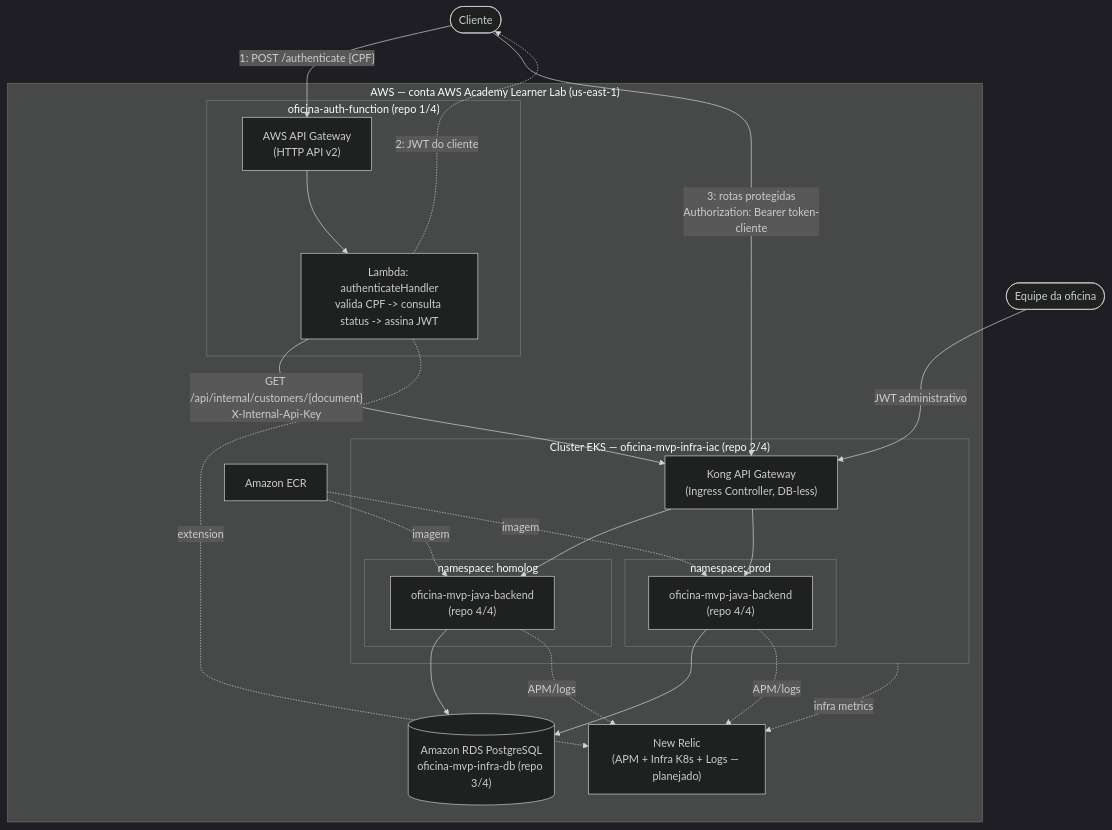
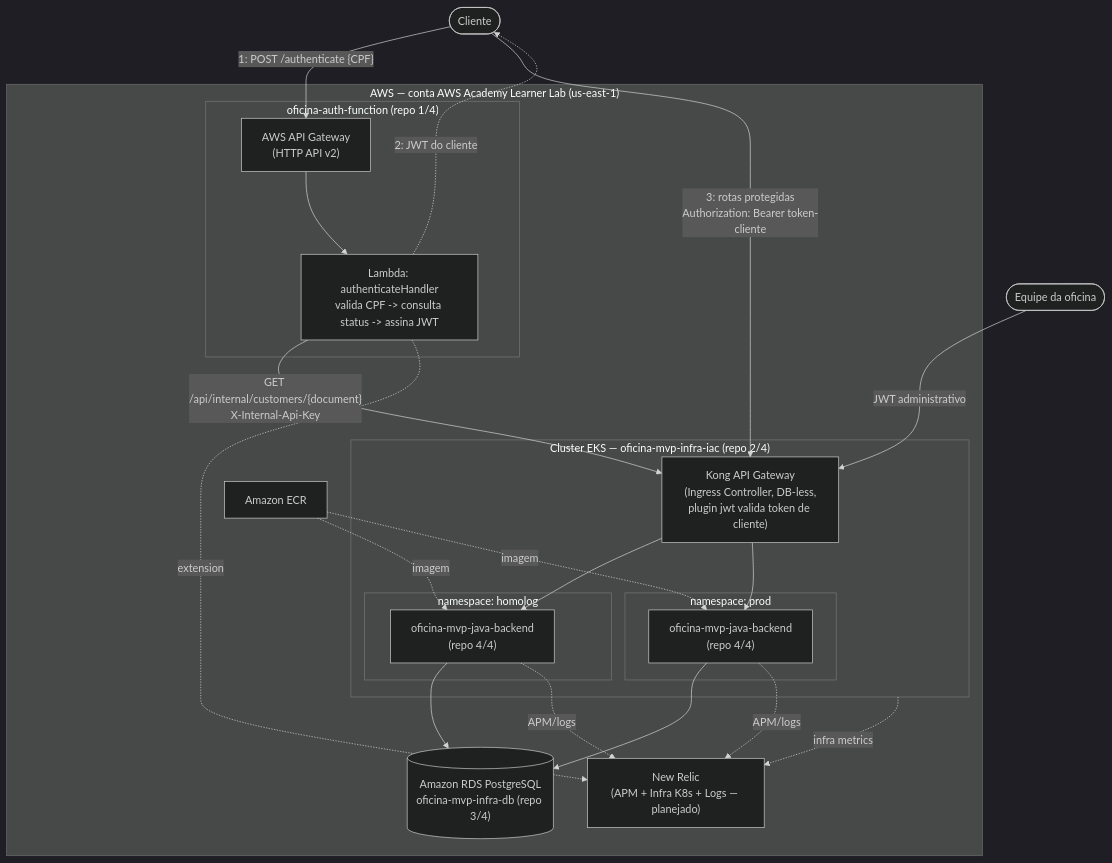
The fifth of 8 diagrams in docs/architecture.md (lukebria/oficina-mvp-java-backend), drawn with Mermaid (dark theme) before and after one commit. The commit also changed other lines of this file and 6 other files, not shown here.

First line of the commit message:
Adiciona validacao do JWT de cliente no Kong, sem mudar codigo Java (ADR-006)

````diff
--- a/docs/architecture.md
+++ b/docs/architecture.md
@@ -909,45 +915,45 @@
 ```mermaid
 flowchart TB
     Staff(["Equipe da oficina"])
     Cliente(["Cliente"])
 
     subgraph AWS["AWS — conta AWS Academy Learner Lab (us-east-1)"]
         subgraph LambdaBox["oficina-auth-function (repo 1/4)"]
             ApiGwLambda["AWS API Gateway<br/>(HTTP API v2)"]
             Lambda["Lambda: authenticateHandler<br/>valida CPF -> consulta status -> assina JWT"]
             ApiGwLambda --> Lambda
         end
 
         subgraph EKS["Cluster EKS — oficina-mvp-infra-iac (repo 2/4)"]
-            Kong["Kong API Gateway<br/>(Ingress Controller, DB-less)"]
+            Kong["Kong API Gateway<br/>(Ingress Controller, DB-less,<br/>plugin jwt valida token de cliente)"]
             subgraph NsHomolog["namespace: homolog"]
                 AppHomolog["oficina-mvp-java-backend<br/>(repo 4/4)"]
             end
             subgraph NsProd["namespace: prod"]
                 AppProd["oficina-mvp-java-backend<br/>(repo 4/4)"]
             end
             Kong --> AppHomolog
             Kong --> AppProd
         end
 
         RDS[("Amazon RDS PostgreSQL<br/>oficina-mvp-infra-db (repo 3/4)")]
         ECR["Amazon ECR"]
         NewRelic["New Relic<br/>(APM + Infra K8s + Logs — planejado)"]
 
         AppHomolog --> RDS
         AppProd --> RDS
         Lambda -->|"GET /api/internal/customers/{document}<br/>X-Internal-Api-Key"| Kong
         ECR -.->|"imagem"| AppHomolog
         ECR -.->|"imagem"| AppProd
     end
 
     Staff -->|"JWT administrativo"| Kong
     Cliente -->|"1: POST /authenticate {CPF}"| ApiGwLambda
     Cliente -->|"3: rotas protegidas<br/>Authorization: Bearer token-cliente"| Kong
     Lambda -.->|"2: JWT do cliente"| Cliente
 
     AppHomolog -.->|APM/logs| NewRelic
     AppProd -.->|APM/logs| NewRelic
     EKS -.->|infra metrics| NewRelic
     Lambda -.->|extension| NewRelic
 ```
````
